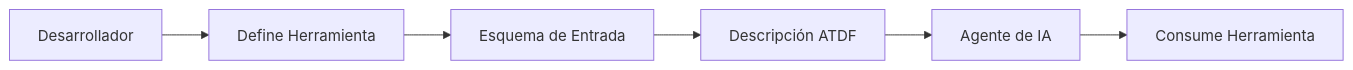
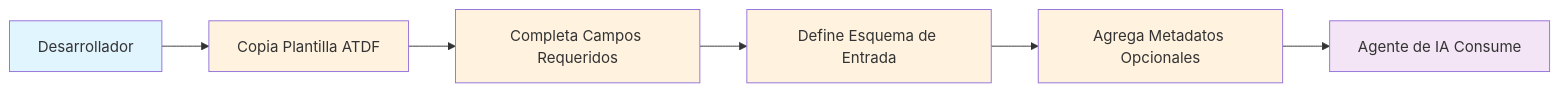
The first of 2 diagrams in docs/ATDF_SPECIFICATION.md (MauricioPerera/agent-tool-description-format), drawn with Mermaid before and after one commit. The commit also changed other lines of this file and 14 other files, not shown here.

````diff
--- a/docs/ATDF_SPECIFICATION.md
+++ b/docs/ATDF_SPECIFICATION.md
@@ -193,8 +377,15 @@
 ```mermaid
-graph LR
-    A[Desarrollador] --> B[Define Herramienta]
-    B --> C[Esquema de Entrada]
-    C --> D[Descripción ATDF]
-    D --> E[Agente de IA]
-    E --> F[Consume Herramienta]
+flowchart LR
+    A[Desarrollador] --> B[Copia Plantilla ATDF]
+    B --> C[Completa Campos Requeridos]
+    C --> D[Define Esquema de Entrada]
+    D --> E[Agrega Metadatos Opcionales]
+    E --> F[Agente de IA Consume]
+    
+    style A fill:#e1f5fe
+    style F fill:#f3e5f5
+    style B fill:#fff3e0
+    style C fill:#fff3e0
+    style D fill:#fff3e0
+    style E fill:#fff3e0
 ```
````
